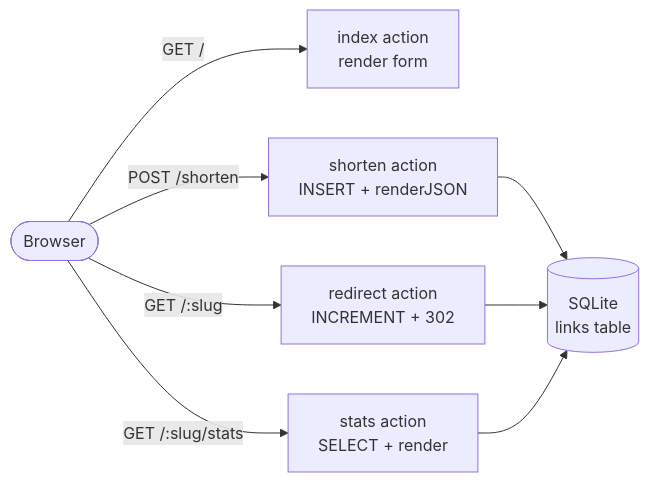
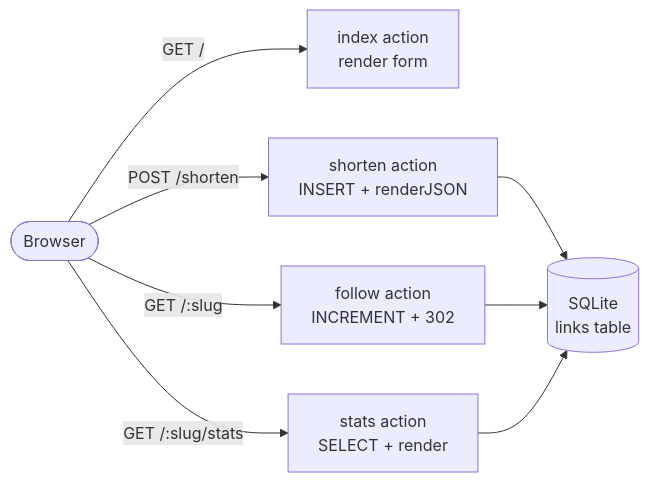
The diagram in docs/tutorials/link-shortener.mdx (gina-io/docs), drawn with Mermaid before and after one commit. The commit also changed other lines of this file, not shown here.

````diff
--- a/docs/tutorials/link-shortener.mdx
+++ b/docs/tutorials/link-shortener.mdx
@@ -58,10 +58,10 @@
 ```mermaid
 flowchart LR
     A([Browser]) -->|GET /| B["index action<br/>render form"]
     A -->|POST /shorten| C["shorten action<br/>INSERT + renderJSON"]
-    A -->|GET /:slug| D["redirect action<br/>INCREMENT + 302"]
+    A -->|GET /:slug| D["follow action<br/>INCREMENT + 302"]
     A -->|GET /:slug/stats| E["stats action<br/>SELECT + render"]
     C --> DB[("SQLite<br/>links table")]
     D --> DB
     E --> DB
 ```
````
